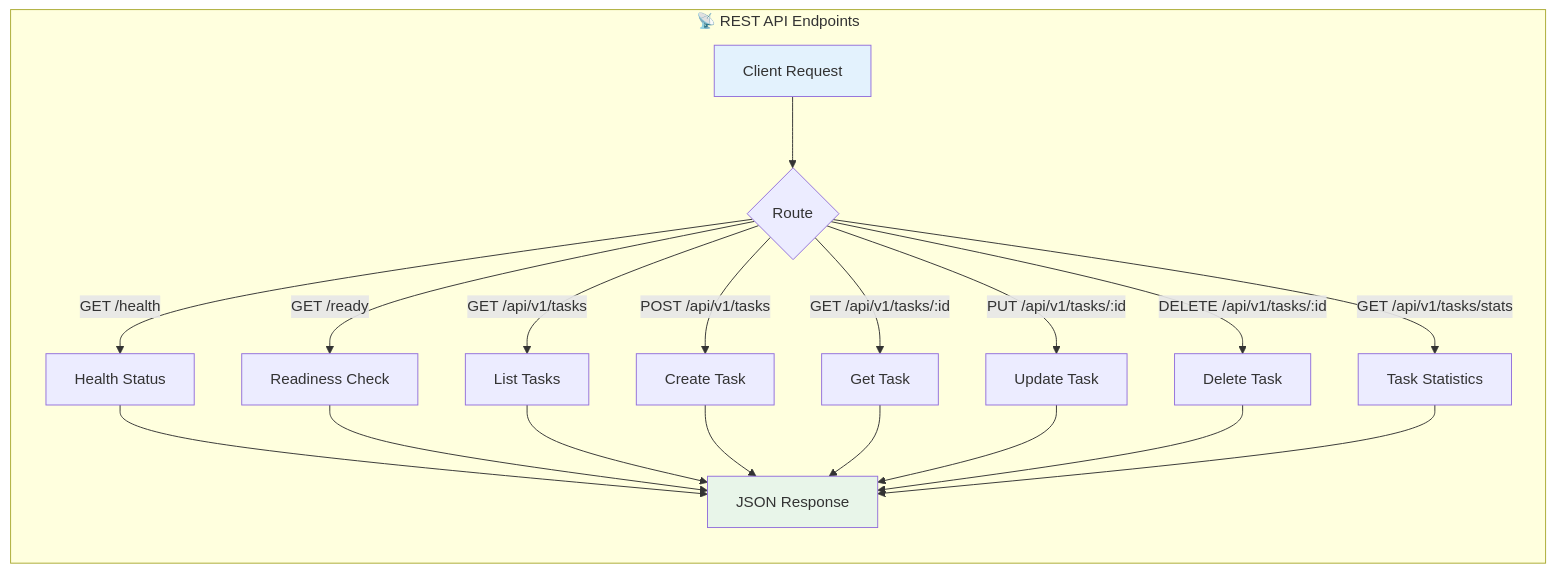
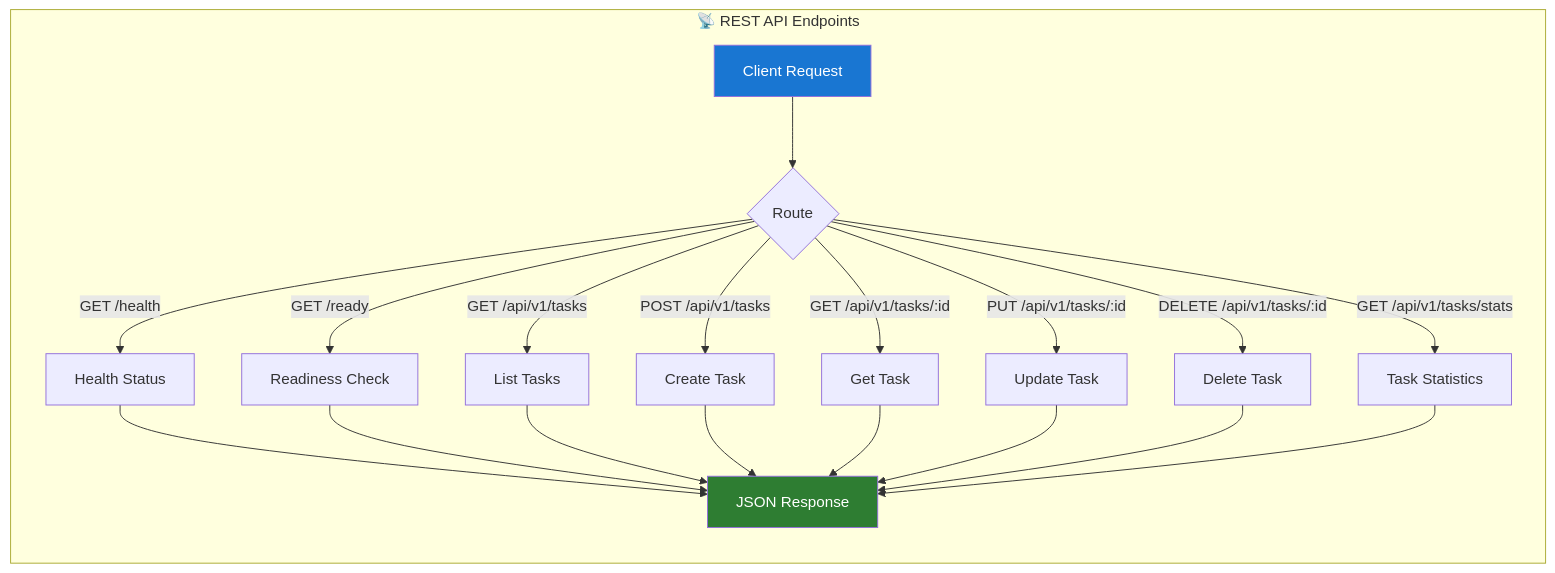
One commit to mvalancy-mt/training-materials changed the third of 22 diagrams in demos/typescript-api/README.md. Above: the diagram before and after it, drawn with Mermaid. The commit also changed other lines of this file and 2 other files, not shown here.

First line of the commit message:
fix: improve mermaid diagram readability with high-contrast colors (#9)

````diff
--- a/demos/typescript-api/README.md
+++ b/demos/typescript-api/README.md
@@ -76,27 +76,27 @@
 ```mermaid
 graph LR
     subgraph "📡 REST API Endpoints"
         A[Client Request] --> B{Route}
 
         B -->|GET /health| C[Health Status]
         B -->|GET /ready| D[Readiness Check]
         B -->|GET /api/v1/tasks| E[List Tasks]
         B -->|POST /api/v1/tasks| F[Create Task]
         B -->|GET /api/v1/tasks/:id| G[Get Task]
         B -->|PUT /api/v1/tasks/:id| H[Update Task]
         B -->|DELETE /api/v1/tasks/:id| I[Delete Task]
         B -->|GET /api/v1/tasks/stats| J[Task Statistics]
 
         C --> K[JSON Response]
         D --> K
         E --> K
         F --> K
         G --> K
         H --> K
         I --> K
         J --> K
     end
 
-    style A fill:#e3f2fd
-    style K fill:#e8f5e9
+    style A fill:#1976d2,color:#ffffff
+    style K fill:#2e7d32,color:#ffffff
 ```
````
